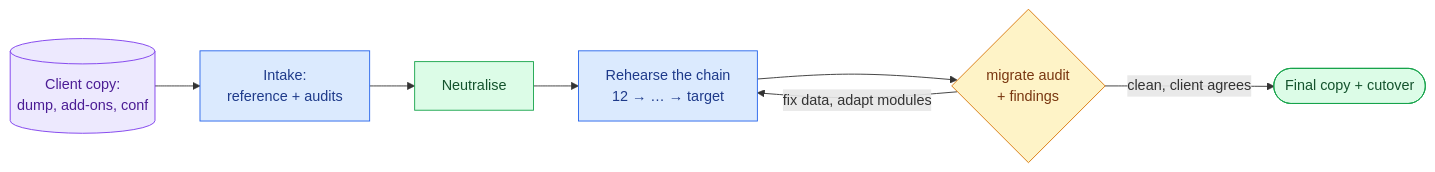
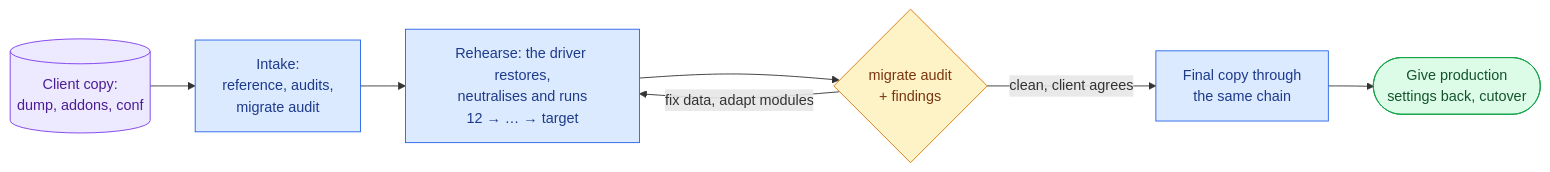
Before and after one commit to grojof/odoo_dev_workspace_generator: the second of 2 diagrams in README.md, drawn with Mermaid. The commit also changed other lines of this file and 21 other files, not shown here.

````diff
--- a/README.md
+++ b/README.md
@@ -42,17 +42,17 @@
 ```mermaid
 flowchart LR
-    A[(Client copy:<br/>dump, add-ons, conf)] --> B[Intake:<br/>reference + audits]
-    B --> C[Neutralise]
-    C --> D[Rehearse the chain<br/>12 → … → target]
+    A[(Client copy:<br/>dump, addons, conf)] --> B[Intake:<br/>reference, audits,<br/>migrate audit]
+    B --> D[Rehearse: the driver restores,<br/>neutralises and runs<br/>12 → … → target]
     D --> E{migrate audit<br/>+ findings}
     E -- fix data, adapt modules --> D
-    E -- clean, client agrees --> F([Final copy + cutover])
+    E -- clean, client agrees --> F[Final copy through<br/>the same chain]
+    F --> G([Give production<br/>settings back, cutover])
     classDef data fill:#ede9fe,stroke:#7c3aed,color:#4c1d95
     classDef step fill:#dbeafe,stroke:#2563eb,color:#1e3a8a
     classDef guard fill:#dcfce7,stroke:#16a34a,color:#14532d
     classDef ask fill:#fef3c7,stroke:#d97706,color:#78350f
     class A data
-    class B,D step
-    class C,F guard
+    class B,D,F step
+    class G guard
     class E ask
 ```
````
